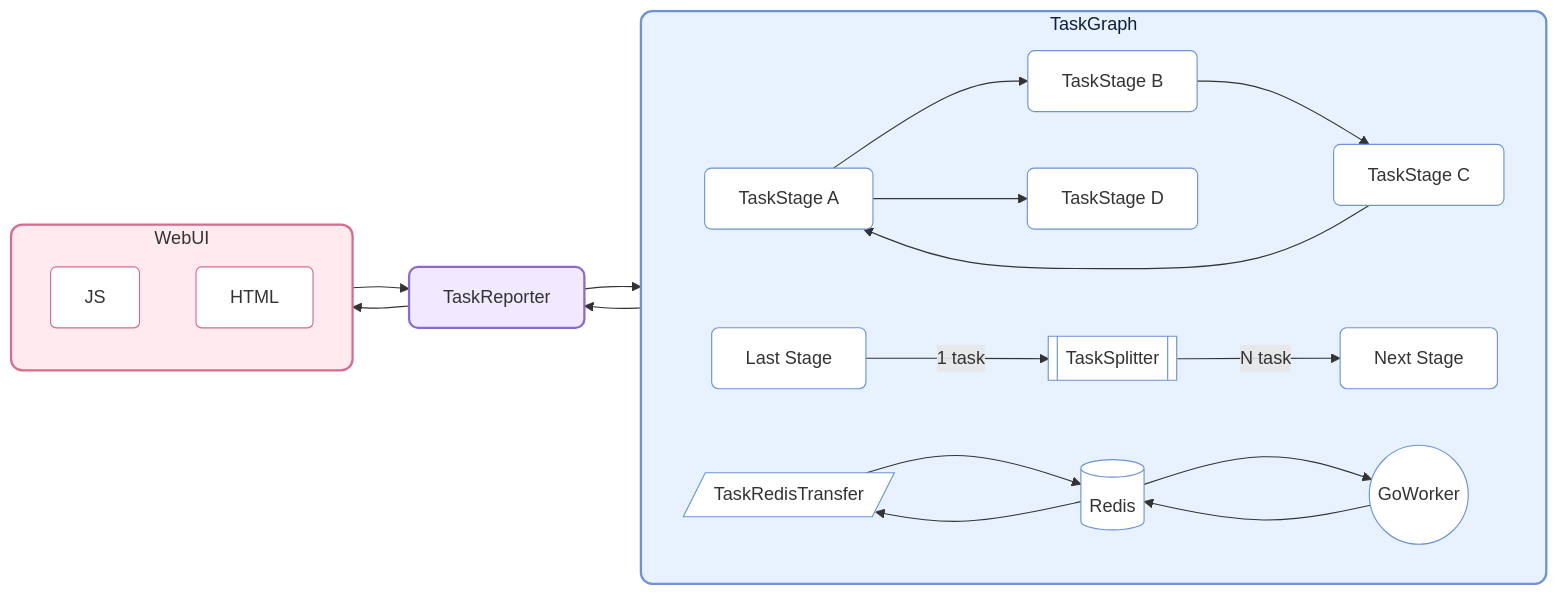
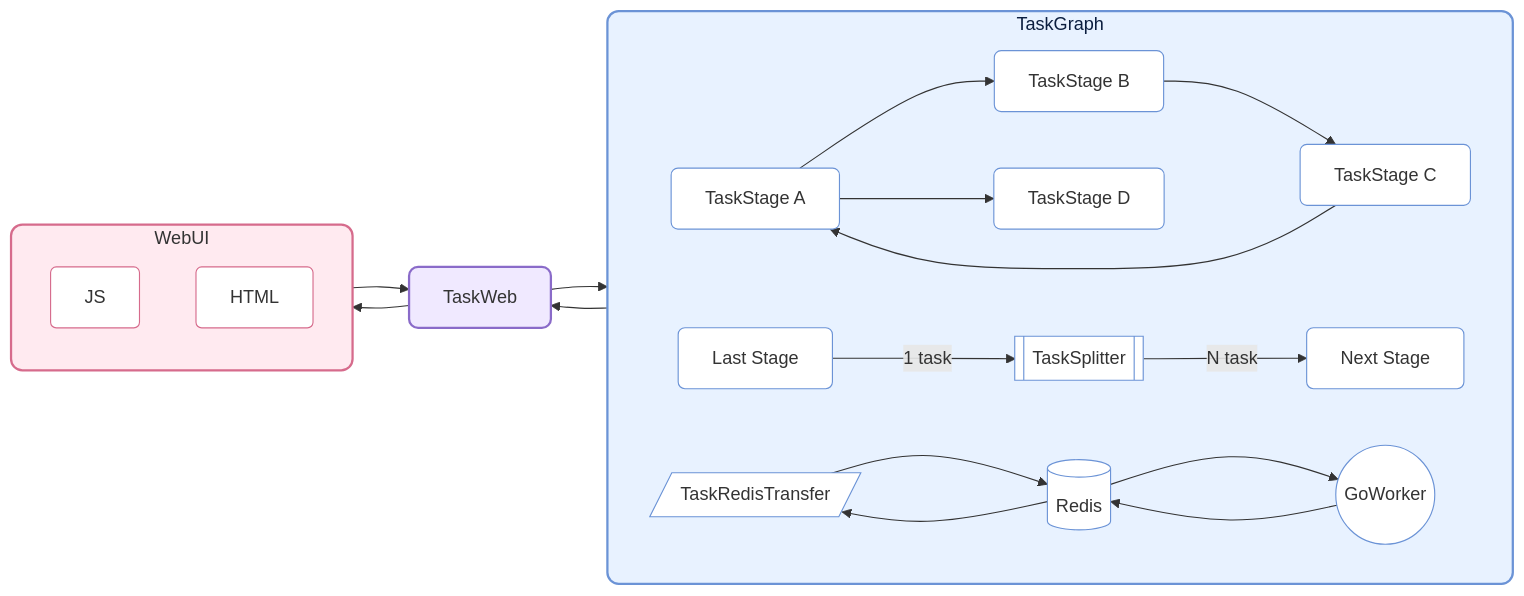
One commit to Mr-xiaotian/CelestialFlow changed the diagram in README.md. Above: the diagram before and after it, drawn with Mermaid. The commit also changed other lines of this file and 1 other file, not shown here.

Commit message:
[Docs] add web_ui.gif

````diff
--- a/README.md
+++ b/README.md
@@ -36,71 +36,71 @@
 ```mermaid
 flowchart LR
 
     %% ===== TaskGraph =====
     subgraph TG[TaskGraph]
         direction LR
 
         S1[TaskStage A]
         S2[TaskStage B]
         S3[TaskStage C]
         S4[TaskStage D]
 
         TS[[TaskSplitter]]
         TR[/TaskRedisTransfer/]
 
         RE[(Redis)]
         G1((GoWorker))
 
         S1 --> S2
         S2 --> S3
         S1 --> S4
         S3 --> S1
 
         T1[Last Stage] -->|1 task| TS
         TS -->|N task| T2[Next Stage]
 
         TR -->RE --> G1
         G1 -->RE --> TR
 
     end
 
     %% 美化 TaskGraph 外框
     style TG fill:#e8f2ff,stroke:#6b93d6,stroke-width:2px,color:#0b1e3f,rx:10px,ry:10px
 
     %% 美化 TaskStages
     style S1 fill:#ffffff,stroke:#6b93d6,rx:6px,ry:6px
     style S2 fill:#ffffff,stroke:#6b93d6,rx:6px,ry:6px
     style S3 fill:#ffffff,stroke:#6b93d6,rx:6px,ry:6px
     style S4 fill:#ffffff,stroke:#6b93d6,rx:6px,ry:6px
     
     style T1 fill:#ffffff,stroke:#6b93d6,rx:6px,ry:6px
     style T2 fill:#ffffff,stroke:#6b93d6,rx:6px,ry:6px
 
     %% 美化 特殊Stage
     style TS fill:#ffffff,stroke:#6b93d6,rx:6px,ry:6px
     style TR fill:#ffffff,stroke:#6b93d6,rx:6px,ry:6px
 
     %% 美化 外部结构
     style RE fill:#ffffff,stroke:#6b93d6,rx:6px,ry:6px
     style G1 fill:#ffffff,stroke:#6b93d6,rx:6px,ry:6px
 
     %% ===== WebUI =====
     subgraph W[WebUI]
         JS
         HTML
     end
 
     style W fill:#ffeaf0,stroke:#d66b8c,stroke-width:2px,rx:10px,ry:10px
     style JS fill:#ffffff,stroke:#d66b8c,rx:5px,ry:5px
     style HTML fill:#ffffff,stroke:#d66b8c,rx:5px,ry:5px
 
-    R[TaskReporter]
+    R[TaskWeb]
     style R fill:#f0e9ff,stroke:#8a6bc9,stroke-width:2px,rx:8px,ry:8px
 
     %% ===== Links =====
     TG --> R 
     R --> TG 
     R --> W
     W --> R
 
 ```
````
